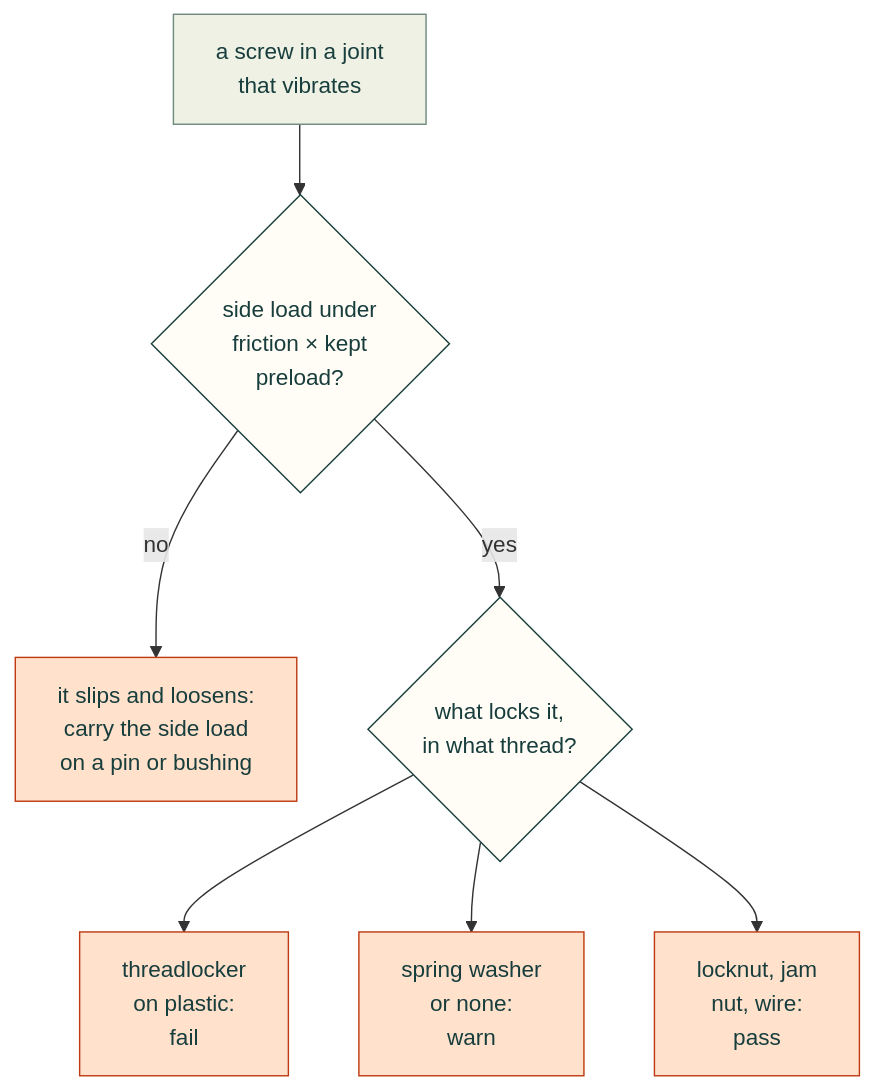
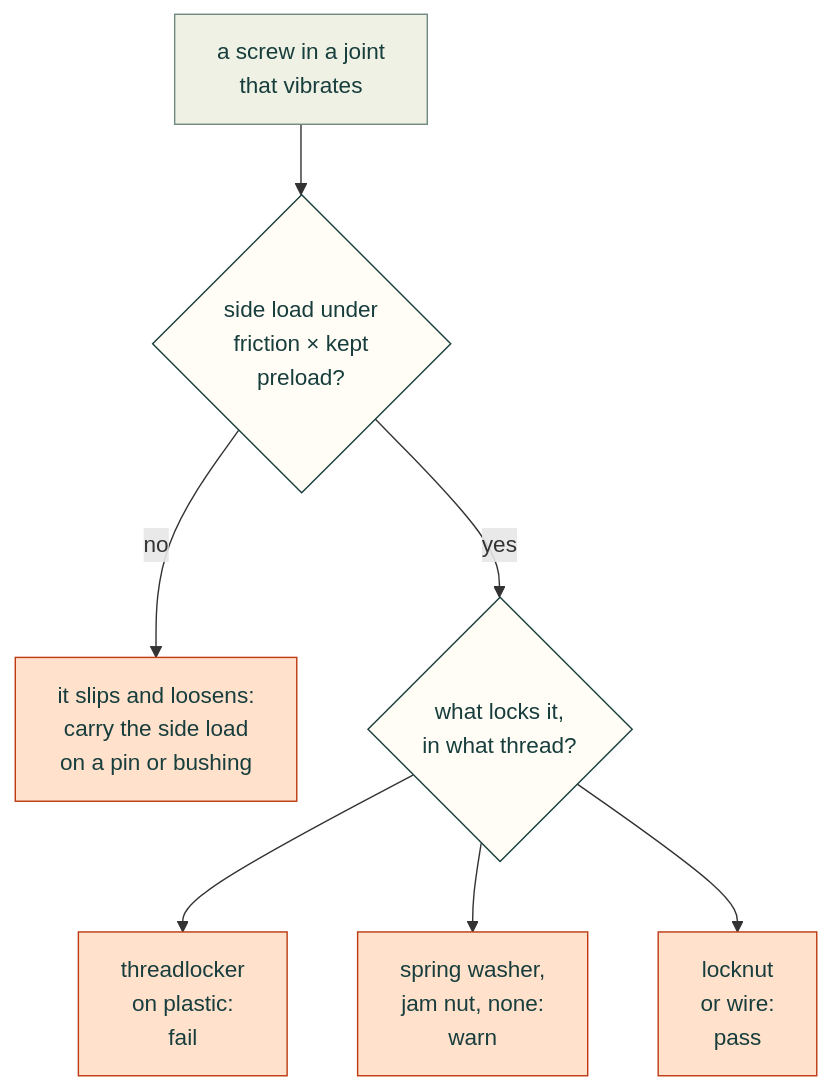
The diagram in docs/printed-joints.md (Valpatel/cad-agent), drawn with Mermaid before and after one commit. The commit also changed other lines of this file and 8 other files, not shown here.

````diff
--- a/docs/printed-joints.md
+++ b/docs/printed-joints.md
@@ -76,15 +78,15 @@
 ```mermaid
 flowchart TD
     J["a screw in a joint<br/>that vibrates"] --> S{"side load under<br/>friction × kept<br/>preload?"}
     S -->|"no"| SL["it slips and loosens:<br/>carry the side load<br/>on a pin or bushing"]
     S -->|"yes"| L{"what locks it,<br/>in what thread?"}
     L --> F["threadlocker<br/>on plastic:<br/>fail"]
-    L --> W["spring washer<br/>or none:<br/>warn"]
-    L --> P["locknut, jam<br/>nut, wire:<br/>pass"]
+    L --> W["spring washer,<br/>jam nut, none:<br/>warn"]
+    L --> P["locknut<br/>or wire:<br/>pass"]
     classDef here fill:#fffdf5,stroke:#173d3c,color:#173d3c
     classDef near fill:#eef1e4,stroke:#6f8a80,color:#173d3c
     classDef out fill:#ffe1cc,stroke:#bd3a12,color:#173d3c
     class S,L here
     class J near
     class SL,F,W,P out
 ```
````
